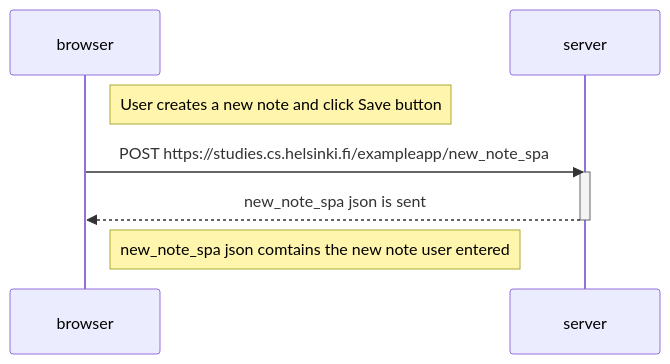
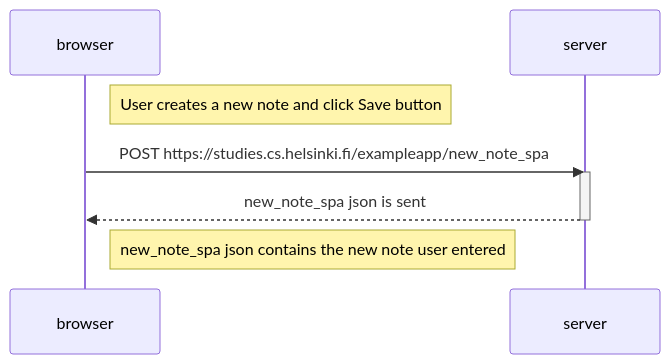
Before and after one commit to jobeal-joseph/fullstackopen: the diagram in part0/newnotesinglepage.md, drawn with Mermaid.

Commit message:
0.6 spellling

````diff
--- a/part0/newnotesinglepage.md
+++ b/part0/newnotesinglepage.md
@@ -1,15 +1,15 @@
 ```mermaid
     sequenceDiagram
         participant browser
         participant server
 
         Note right of browser: User creates a new note and click Save button
 
         browser->>server: POST https://studies.cs.helsinki.fi/exampleapp/new_note_spa
         activate server
         server-->>browser: new_note_spa json is sent 
         deactivate server
 
-        Note right of browser: new_note_spa json comtains the new note user entered
+        Note right of browser: new_note_spa json contains the new note user entered
 
 ```
````
